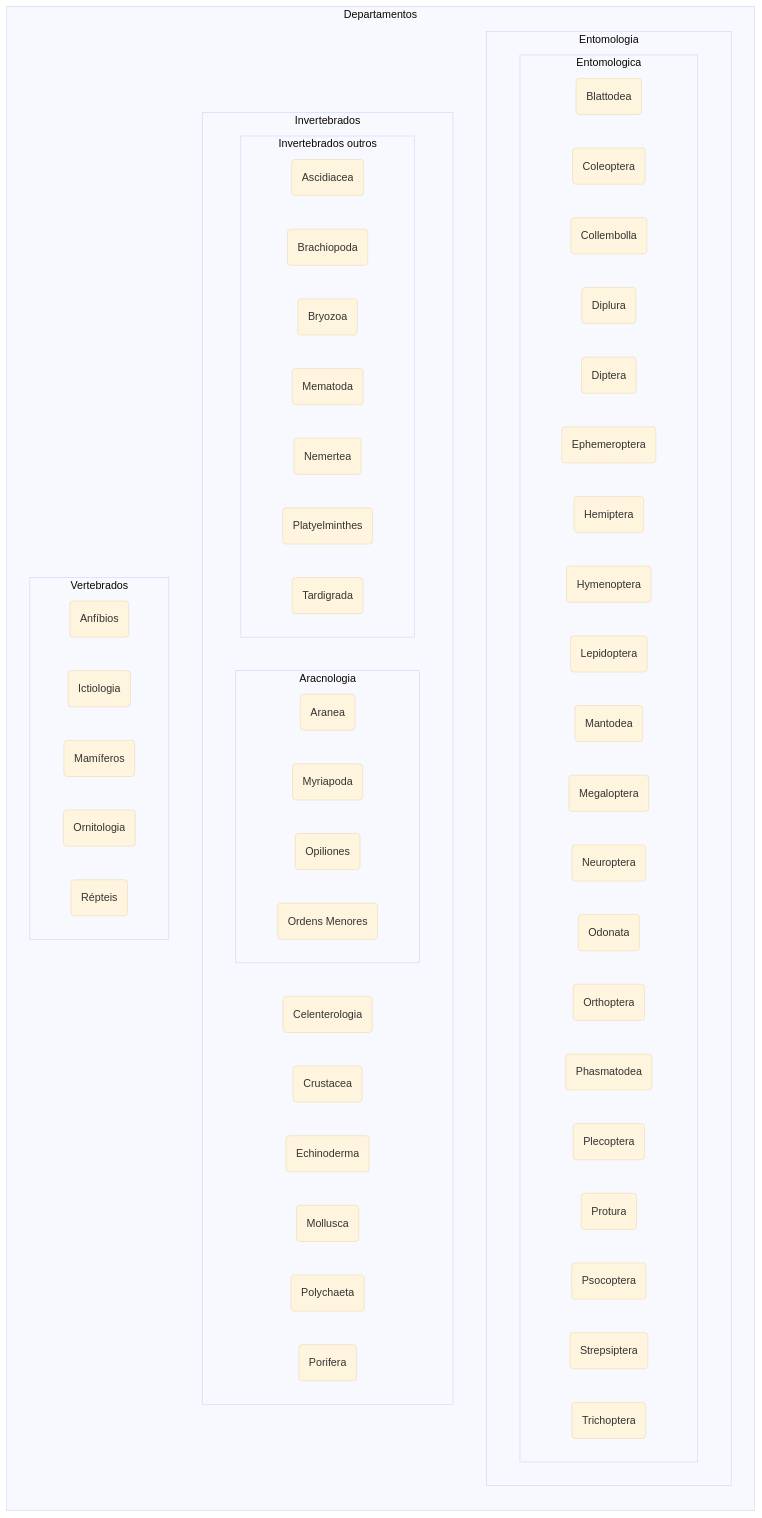
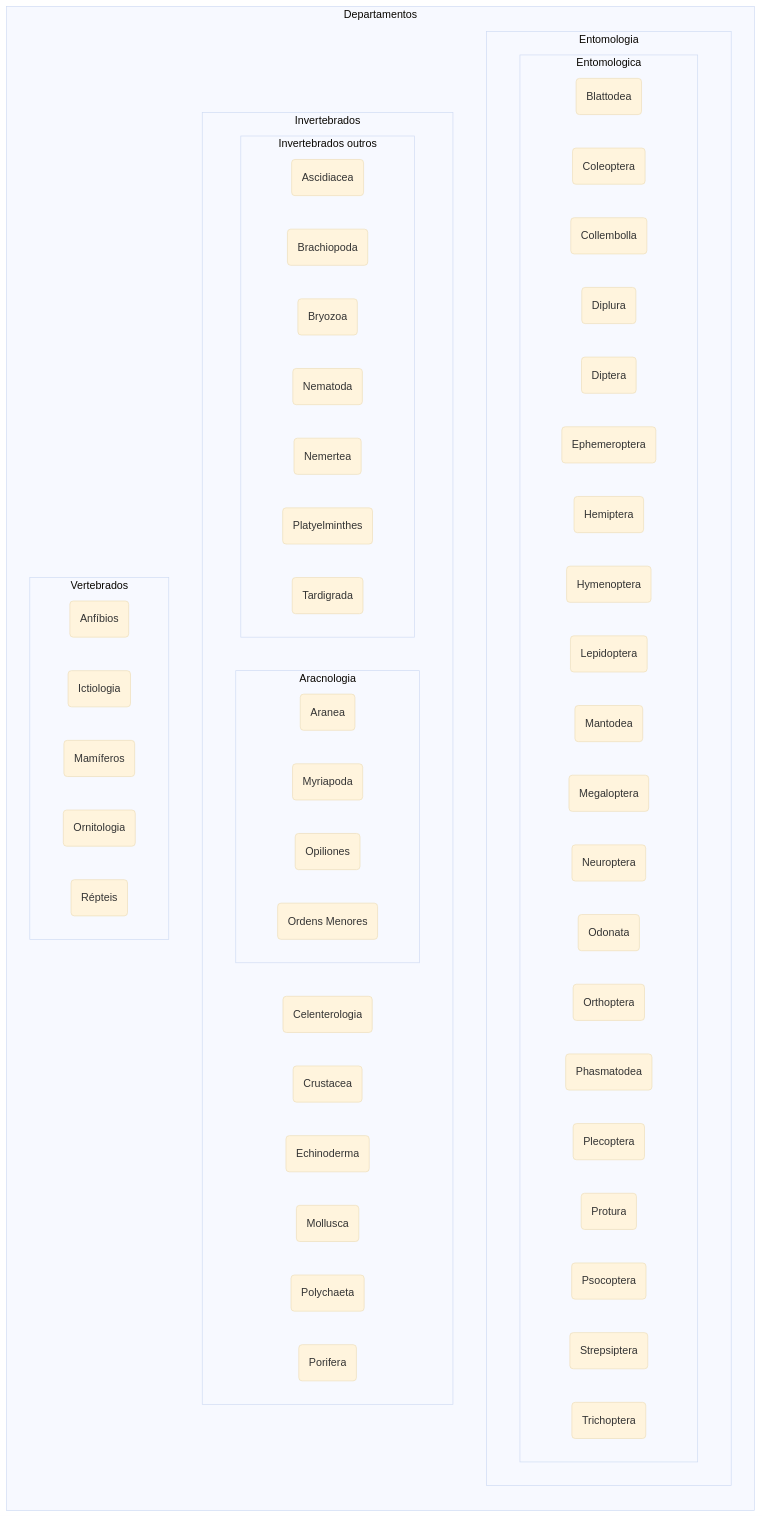
One commit to MuseuNacional/SpecifyBR changed the diagram in organizacaoInstitucional/museuNacional/README.md. Above: the diagram before and after it, drawn with Mermaid (base theme).

````diff
--- a/organizacaoInstitucional/museuNacional/README.md
+++ b/organizacaoInstitucional/museuNacional/README.md
@@ -3,75 +3,75 @@
 ```mermaid
 flowchart TB
   subgraph Departamentos
       direction TB    
       subgraph Entomologia
       direction LR
         subgraph Entomologica
         direction LR
           c2(Blattodea)
           c3(Coleoptera)
           c4(Collembolla)
           c5(Diplura)
           c6(Diptera)
           c7(Ephemeroptera)
           c8(Hemiptera)
           c9(Hymenoptera)
           c10(Lepidoptera)
           c11(Mantodea)
           c12(Megaloptera)
           c13(Neuroptera)
           c14(Odonata)
           c15(Orthoptera)
           c16(Phasmatodea)
           c17(Plecoptera)
           c18(Protura)
           c19(Psocoptera)
           c20(Strepsiptera)
           c21(Trichoptera)
         end
       end
       subgraph Invertebrados
       direction LR
         c34(Celenterologia)
         c35(Crustacea)
         click c35 href "https://github.com/edalcin/SpecifyBR/blob/main/organizacaoInstitucional/museuNacional/colecoes/crustaceae.md"
         c36(Echinoderma)
         click c36 href "https://github.com/edalcin/SpecifyBR/blob/main/organizacaoInstitucional/museuNacional/colecoes/echinoderma.md"
         c37(Mollusca)
         click c37 href "https://github.com/edalcin/SpecifyBR/blob/main/organizacaoInstitucional/museuNacional/colecoes/mollusca.md"
         c38(Polychaeta)
         click c38 href "https://github.com/edalcin/SpecifyBR/blob/main/organizacaoInstitucional/museuNacional/colecoes/polychaeta.md"
         c39(Porifera)
         click c39 href "https://github.com/edalcin/SpecifyBR/blob/main/organizacaoInstitucional/museuNacional/colecoes/porifera.md"
         subgraph Aracnologia
         direction LR   
           c23(Aranea)
           c24(Myriapoda)
           c25(Opiliones)
           c26(Ordens Menores)
         end
         subgraph Invertebrados outros
         direction LR   
           c27(Ascidiacea)
           c28(Brachiopoda)
           c29(Bryozoa)
-          c30(Mematoda)
+          c30(Nematoda)
           c31(Nemertea)
           c32(Platyelminthes)
           c33(Tardigrada)
         end
       end
       subgraph Vertebrados
       direction LR   
         c40(Anfíbios)
         click c40 href "https://github.com/edalcin/SpecifyBR/blob/main/organizacaoInstitucional/museuNacional/colecoes/anfibios.md"
         c41(Ictiologia)
         click c41 href "https://github.com/edalcin/SpecifyBR/blob/main/organizacaoInstitucional/museuNacional/colecoes/ictiologia.md"
         c42(Mamíferos)
         c43(Ornitologia)
         click c43 href "https://github.com/edalcin/SpecifyBR/blob/main/organizacaoInstitucional/museuNacional/colecoes/ornitologia.md"
         c44(Répteis)
         click c44 href "https://github.com/edalcin/SpecifyBR/blob/main/organizacaoInstitucional/museuNacional/colecoes/repteis.md"
       end
 end
 ```
````
